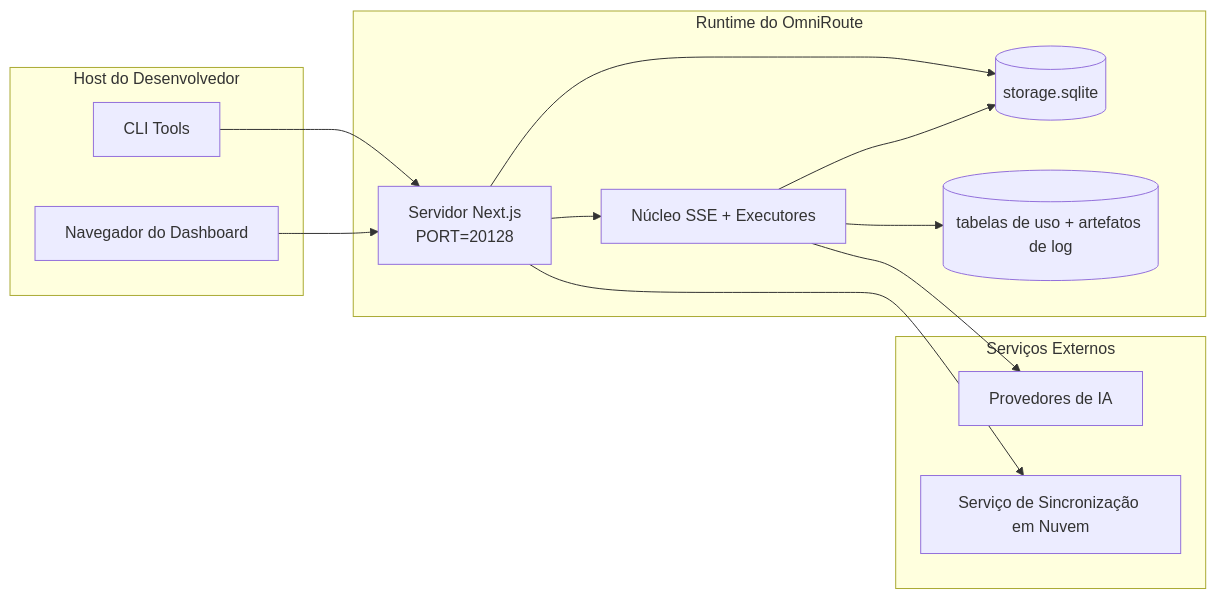
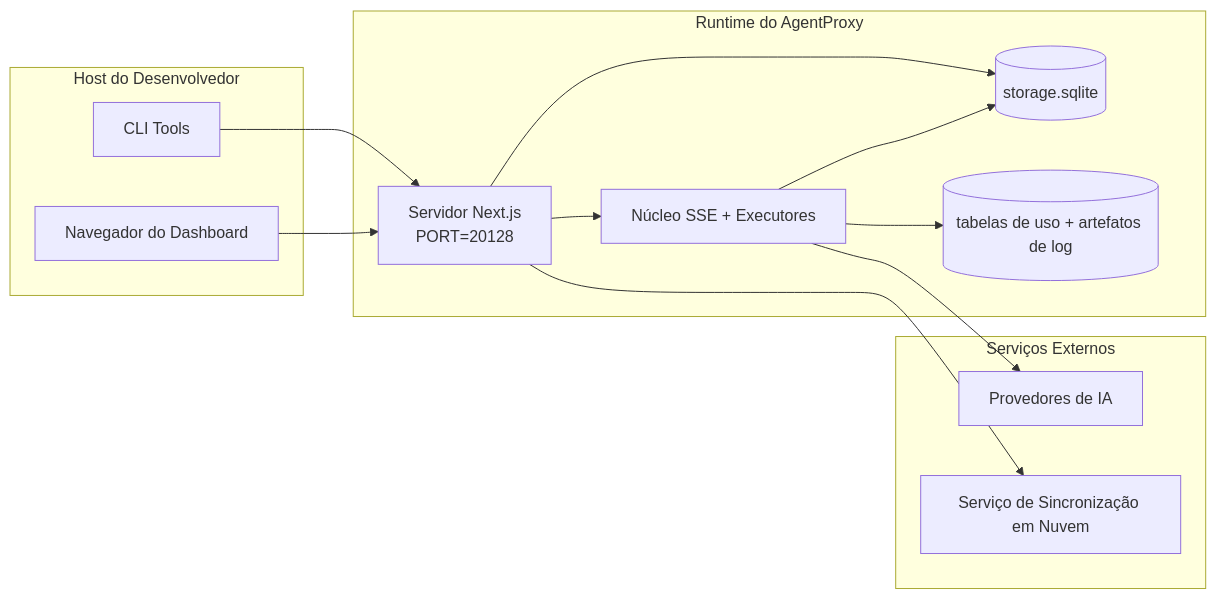
One commit to khanhkit/AgentProxy changed the seventh of 7 diagrams in docs/i18n/pt-BR/docs/architecture/ARCHITECTURE.md. Above: the diagram before and after it, drawn with Mermaid. The commit also changed other lines of this file and 6043 other files, not shown here.

Commit message:
wip(release): checkpoint AgentProxy identity cleanup

````diff
--- a/docs/i18n/pt-BR/docs/architecture/ARCHITECTURE.md
+++ b/docs/i18n/pt-BR/docs/architecture/ARCHITECTURE.md
@@ -788,28 +788,28 @@
 ```mermaid
 flowchart LR
     subgraph LocalHost[Host do Desenvolvedor]
         CLI[CLI Tools]
         Browser[Navegador do Dashboard]
     end
 
-    subgraph ContainerOrProcess[Runtime do OmniRoute]
+    subgraph ContainerOrProcess[Runtime do AgentProxy]
         Next[Servidor Next.js\nPORT=20128]
         Core[Núcleo SSE + Executores]
         MainDB[(storage.sqlite)]
         UsageDB[(tabelas de uso + artefatos de log)]
     end
 
     subgraph External[Serviços Externos]
         Providers[Provedores de IA]
         SyncCloud[Serviço de Sincronização em Nuvem]
     end
 
     CLI --> Next
     Browser --> Next
     Next --> Core
     Next --> MainDB
     Core --> MainDB
     Core --> UsageDB
     Core --> Providers
     Next --> SyncCloud
 ```
````
